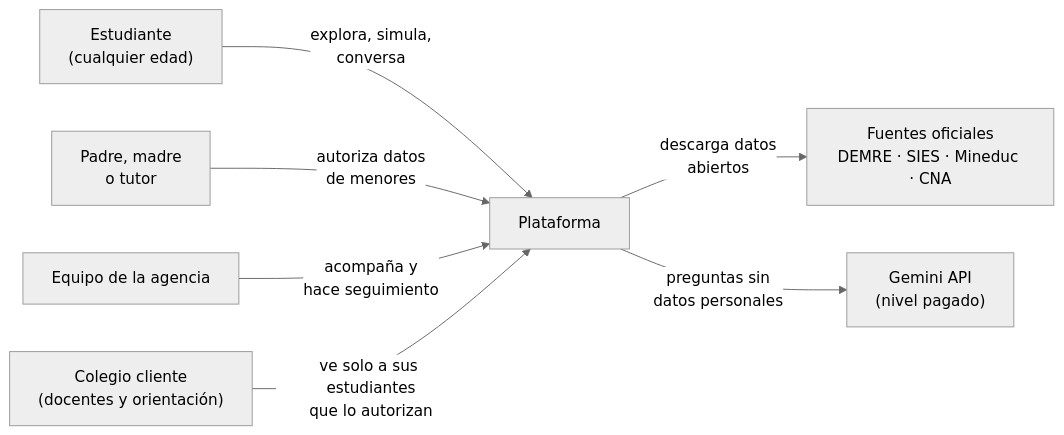
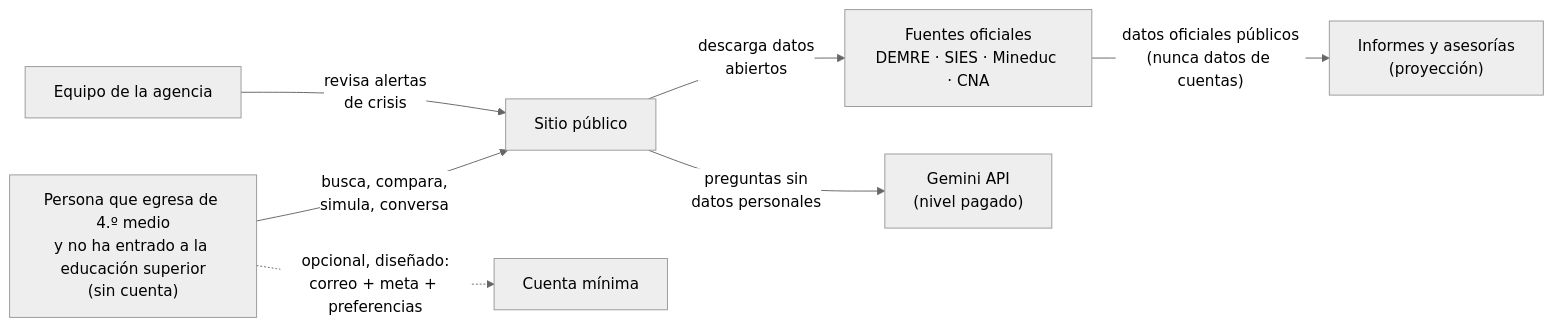
The first of 5 diagrams in docs/arquitectura.md (AE-SE/Agencia-de-Enlaces-y-Seguimiento-Estudiantil), drawn with Mermaid (neutral theme) before and after one commit. The commit also changed other lines of this file and 63 other files, not shown here.

````diff
--- a/docs/arquitectura.md
+++ b/docs/arquitectura.md
@@ -13,9 +21,9 @@
 ```mermaid
 flowchart LR
-    E["Estudiante<br/>(cualquier edad)"] -->|"explora, simula,<br/>conversa"| P["Plataforma"]
-    T["Padre, madre<br/>o tutor"] -->|"autoriza datos<br/>de menores"| P
-    A["Equipo de la agencia"] -->|"acompaña y<br/>hace seguimiento"| P
-    I["Colegio cliente<br/>(docentes y orientación)"] -->|"ve solo a sus estudiantes<br/>que lo autorizan"| P
+    E["Persona que egresa de 4.º medio<br/>y no ha entrado a la educación superior<br/>(sin cuenta)"] -->|"busca, compara,<br/>simula, conversa"| P["Sitio público"]
+    E -.->|"opcional, diseñado:<br/>correo + meta + preferencias"| C["Cuenta mínima"]
+    A["Equipo de la agencia"] -->|"revisa alertas<br/>de crisis"| P
     P -->|"descarga datos<br/>abiertos"| F["Fuentes oficiales<br/>DEMRE · SIES · Mineduc · CNA"]
     P -->|"preguntas sin<br/>datos personales"| G["Gemini API<br/>(nivel pagado)"]
+    F -->|"datos oficiales públicos<br/>(nunca datos de cuentas)"| I["Informes y asesorías<br/>(proyección)"]
 ```
````
